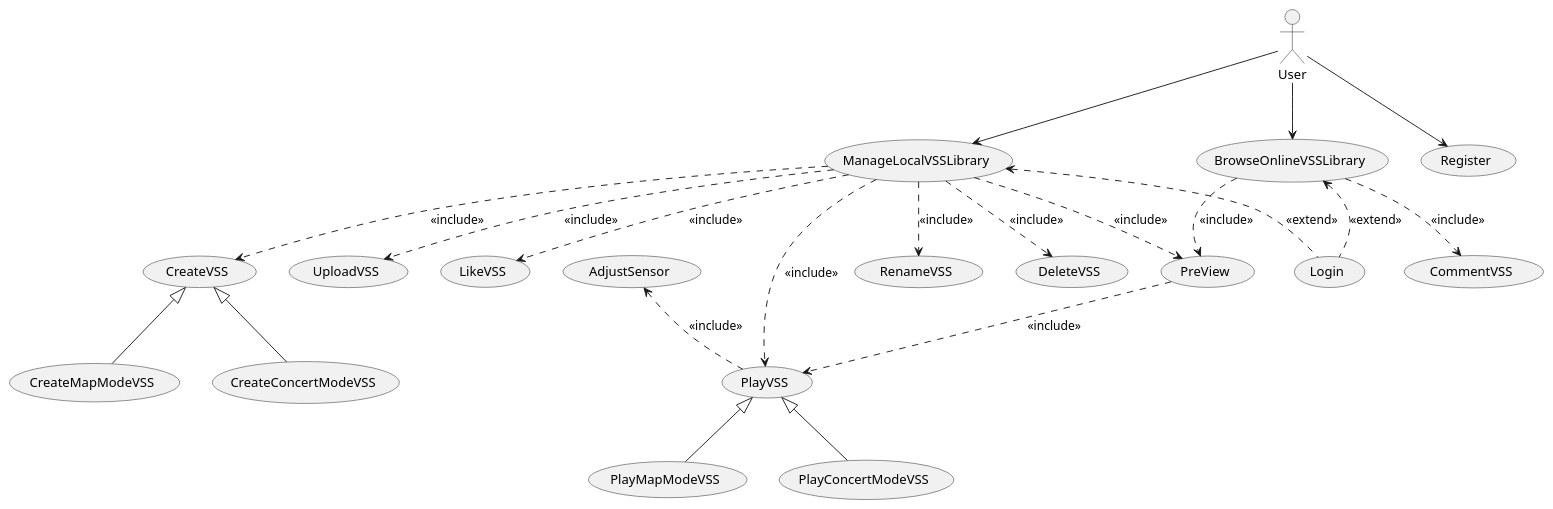
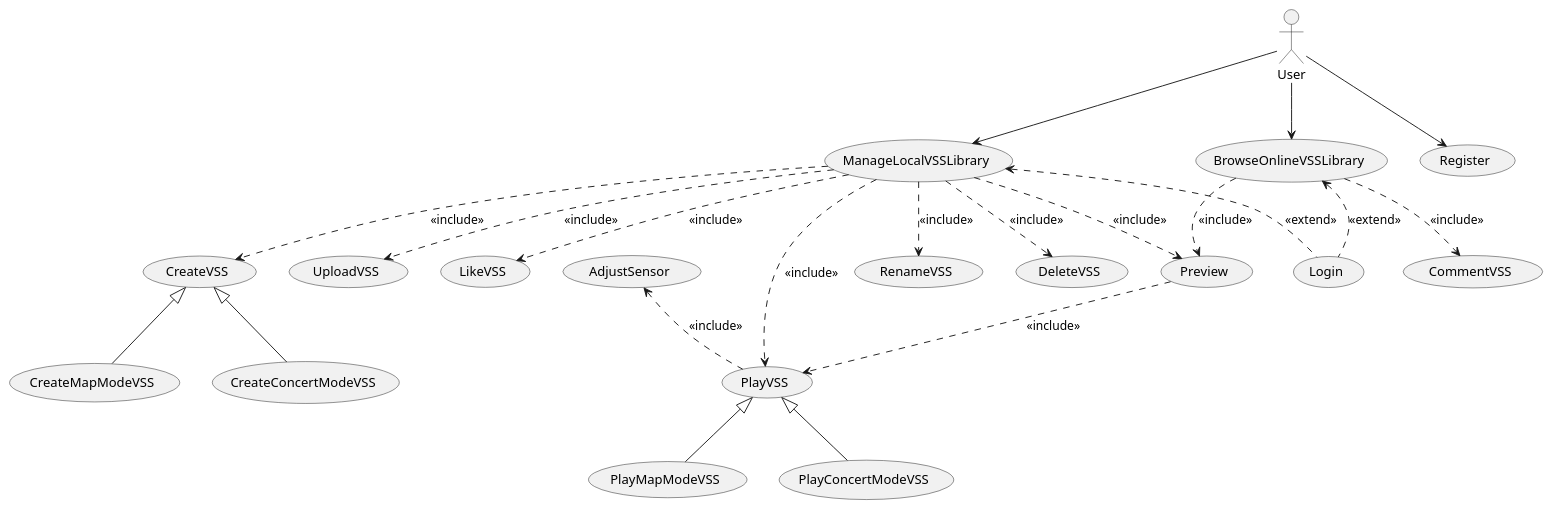
One commit to kpp19920121/doc changed the first of 2 diagrams in 需求定义/软件需求规约.md. Above: the diagram before and after it, drawn with PlantUML. The commit also changed other lines of this file and 2 other files, not shown here.

````diff
--- a/需求定义/软件需求规约.md
+++ b/需求定义/软件需求规约.md
@@ -227,30 +227,30 @@
 ```PlantUML
 @startuml
 (ManageLocalVSSLibrary) <.. (Login): <<extend>>
 (BrowseOnlineVSSLibrary) <.. (Login): <<extend>>
 
 User --> (Register)
 User --> (ManageLocalVSSLibrary)
 User --> (BrowseOnlineVSSLibrary)
 
 (ManageLocalVSSLibrary) ..> (CreateVSS): <<include>>
 (CreateVSS) <|-- (CreateMapModeVSS)
 (CreateVSS) <|-- (CreateConcertModeVSS)
 (ManageLocalVSSLibrary) ..> (RenameVSS): <<include>>
 (ManageLocalVSSLibrary) ..> (DeleteVSS): <<include>>
 (ManageLocalVSSLibrary) ..> (UploadVSS): <<include>>
 (ManageLocalVSSLibrary) ..> (LikeVSS): <<include>>
 (ManageLocalVSSLibrary) ..> (PlayVSS): <<include>>
 (PlayVSS) <|-- (PlayMapModeVSS)
 (PlayVSS) <|-- (PlayConcertModeVSS)
 (BrowseOnlineVSSLibrary) ..> (CommentVSS): <<include>>
 
 (AdjustSensor) <.. (PlayVSS): <<include>>
 
-(ManageLocalVSSLibrary) ..> (PreView): <<include>>
-(BrowseOnlineVSSLibrary) ..> (PreView): <<include>>
+(ManageLocalVSSLibrary) ..> (Preview): <<include>>
+(BrowseOnlineVSSLibrary) ..> (Preview): <<include>>
 
-(PreView) ..> (PlayVSS): <<include>>
+(Preview) ..> (PlayVSS): <<include>>
 
 @enduml
 ```
````
